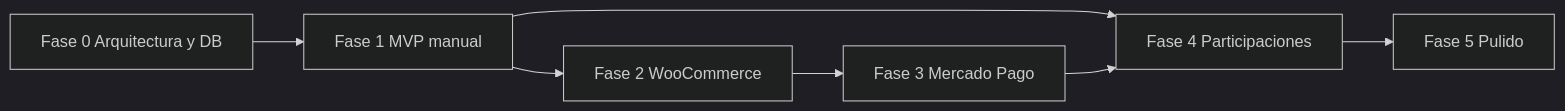
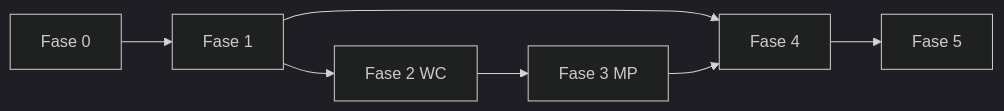
One commit to PatriumHub/Arquitectura changed the diagram in plan-trabajo.md. Above: the diagram before and after it, drawn with Mermaid (dark theme). The commit also changed other lines of this file and 8 other files, not shown here.

````diff
--- a/plan-trabajo.md
+++ b/plan-trabajo.md
@@ -123,9 +108,9 @@
 ```mermaid
 flowchart LR
-  F0[Fase 0 Arquitectura y DB] --> F1[Fase 1 MVP manual]
-  F1 --> F2[Fase 2 WooCommerce]
-  F2 --> F3[Fase 3 Mercado Pago]
-  F1 --> F4[Fase 4 Participaciones]
+  F0[Fase 0] --> F1[Fase 1]
+  F1 --> F2[Fase 2 WC]
+  F2 --> F3[Fase 3 MP]
+  F1 --> F4[Fase 4]
   F3 --> F4
-  F4 --> F5[Fase 5 Pulido]
+  F4 --> F5[Fase 5]
 ```
````
